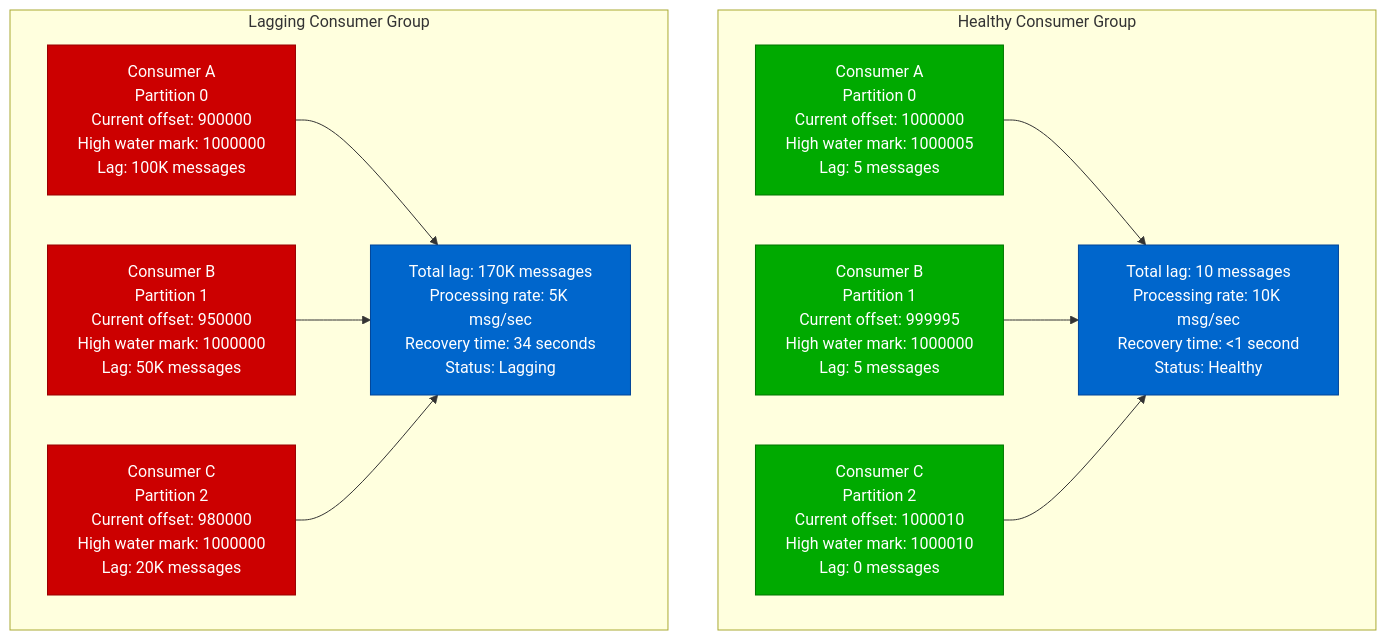
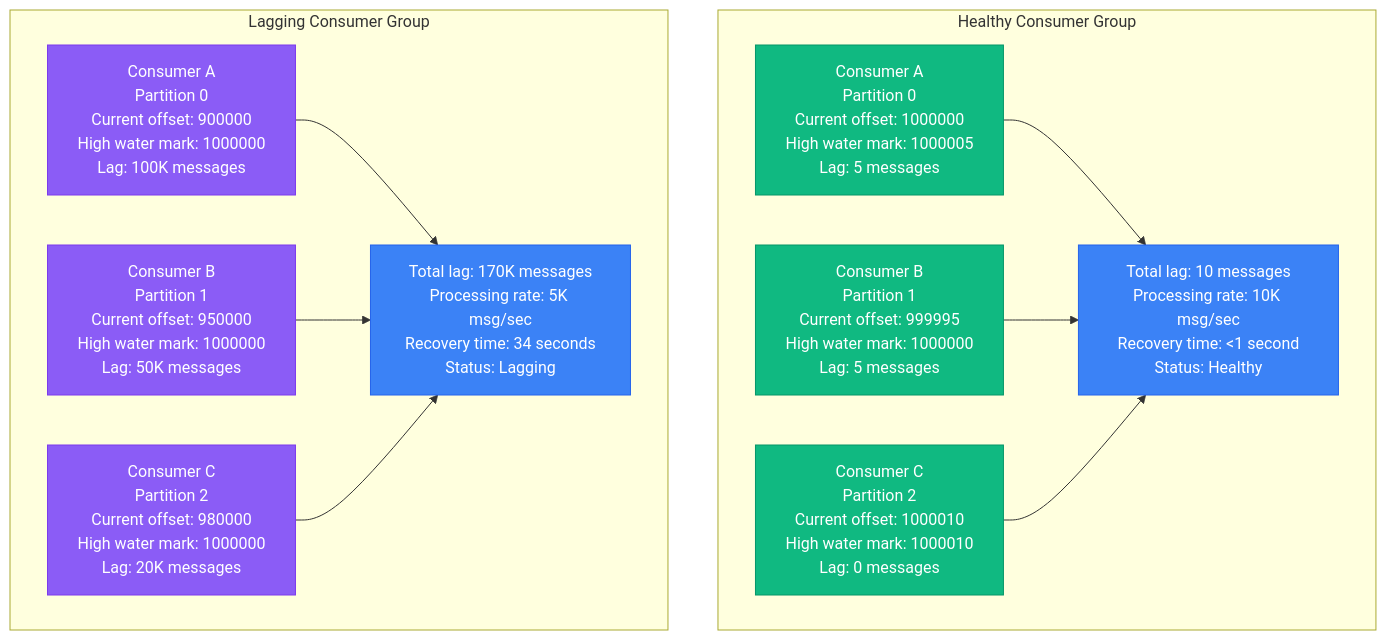
Before and after one commit to deepaucksharma/DS: the sixth of 13 diagrams in site/docs/performance/kafka-performance-profile.md, drawn with Mermaid. The commit also changed other lines of this file and 303 other files, not shown here.

````diff
--- a/site/docs/performance/kafka-performance-profile.md
+++ b/site/docs/performance/kafka-performance-profile.md
@@ -210,38 +210,38 @@
 ```mermaid
 graph TB
     subgraph "Healthy Consumer Group"
         H1[Consumer A<br/>Partition 0<br/>Current offset: 1000000<br/>High water mark: 1000005<br/>Lag: 5 messages]
 
         H2[Consumer B<br/>Partition 1<br/>Current offset: 999995<br/>High water mark: 1000000<br/>Lag: 5 messages]
 
         H3[Consumer C<br/>Partition 2<br/>Current offset: 1000010<br/>High water mark: 1000010<br/>Lag: 0 messages]
 
         H_TOTAL[Total lag: 10 messages<br/>Processing rate: 10K msg/sec<br/>Recovery time: <1 second<br/>Status: Healthy]
 
         H1 --> H_TOTAL
         H2 --> H_TOTAL
         H3 --> H_TOTAL
     end
 
     subgraph "Lagging Consumer Group"
         L1[Consumer A<br/>Partition 0<br/>Current offset: 900000<br/>High water mark: 1000000<br/>Lag: 100K messages]
 
         L2[Consumer B<br/>Partition 1<br/>Current offset: 950000<br/>High water mark: 1000000<br/>Lag: 50K messages]
 
         L3[Consumer C<br/>Partition 2<br/>Current offset: 980000<br/>High water mark: 1000000<br/>Lag: 20K messages]
 
         L_TOTAL[Total lag: 170K messages<br/>Processing rate: 5K msg/sec<br/>Recovery time: 34 seconds<br/>Status: Lagging]
 
         L1 --> L_TOTAL
         L2 --> L_TOTAL
         L3 --> L_TOTAL
     end
 
-    classDef healthyStyle fill:#00AA00,stroke:#007700,color:#fff
-    classDef laggingStyle fill:#CC0000,stroke:#990000,color:#fff
-    classDef totalStyle fill:#0066CC,stroke:#004499,color:#fff
+    classDef healthyStyle fill:#10B981,stroke:#059669,color:#fff
+    classDef laggingStyle fill:#8B5CF6,stroke:#7C3AED,color:#fff
+    classDef totalStyle fill:#3B82F6,stroke:#2563EB,color:#fff
 
     class H1,H2,H3 healthyStyle
     class L1,L2,L3 laggingStyle
     class H_TOTAL,L_TOTAL totalStyle
 ```
````
